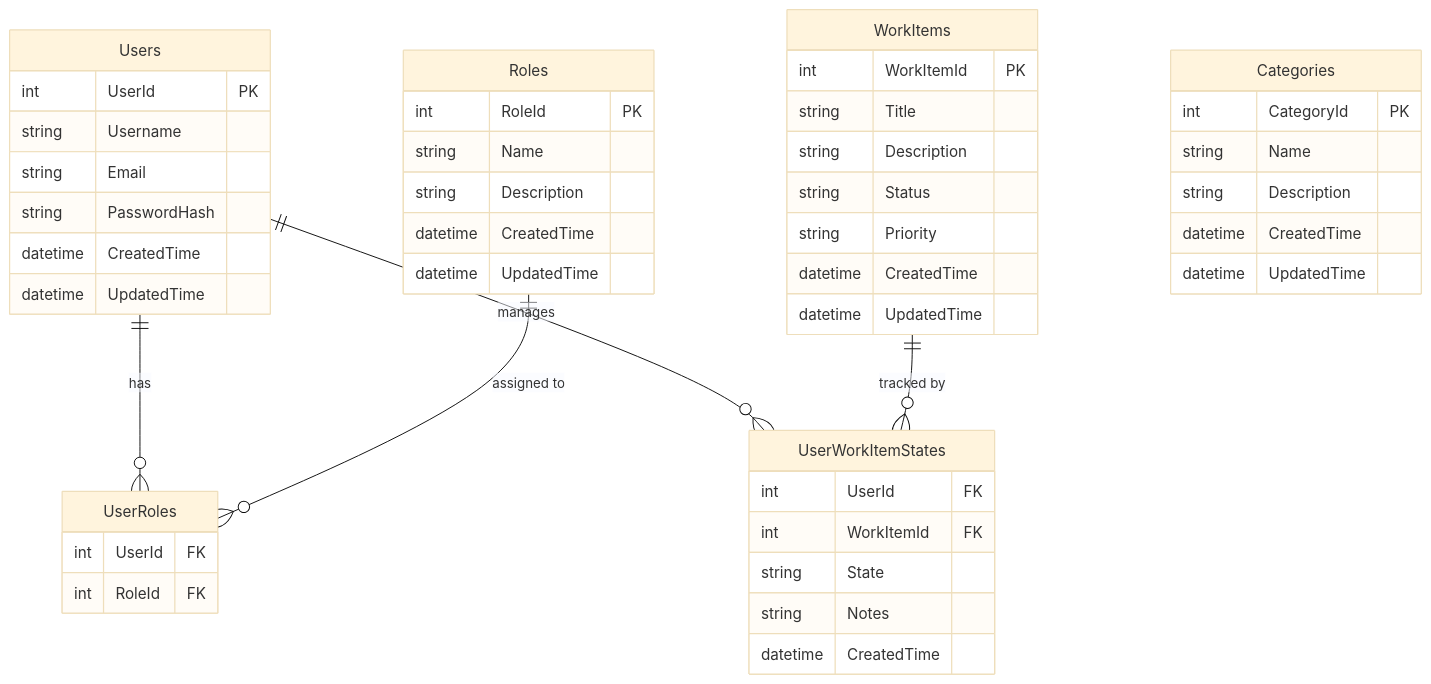
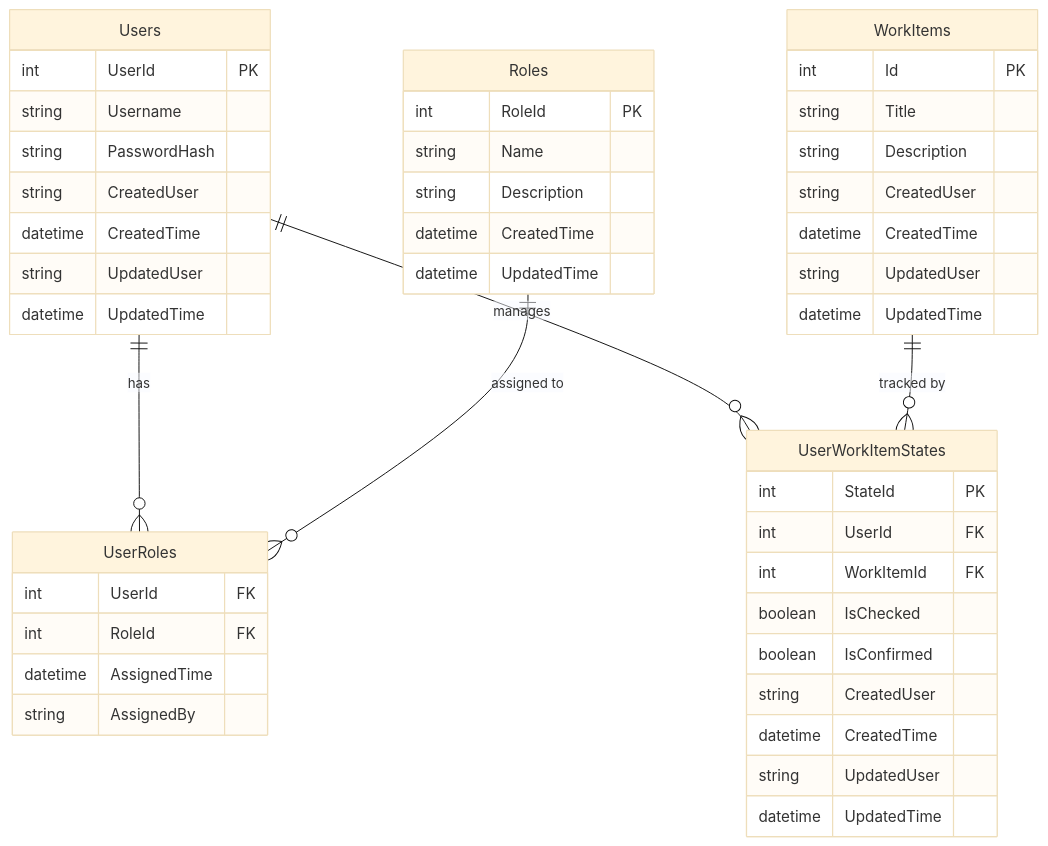
Before and after one commit to dectecx/app: the second of 6 diagrams in README.md, drawn with Mermaid (base theme). The commit also changed other lines of this file, not shown here.

Commit message:
✨Update README.md to reflect changes in database schema, including the addition of CreatedUser, UpdatedUser, and AssignedBy fields in relevant tables. Revise WorkItems and UserWorkItemStates structures for improved clarity and functionality.

````diff
--- a/README.md
+++ b/README.md
@@ -76,55 +76,54 @@
 ```mermaid
 erDiagram
     Users {
         int UserId PK
         string Username
-        string Email
         string PasswordHash
+        string CreatedUser
         datetime CreatedTime
+        string UpdatedUser
         datetime UpdatedTime
     }
     
     Roles {
         int RoleId PK
         string Name
         string Description
         datetime CreatedTime
         datetime UpdatedTime
     }
     
     UserRoles {
         int UserId FK
         int RoleId FK
+        datetime AssignedTime
+        string AssignedBy
     }
     
     WorkItems {
-        int WorkItemId PK
+        int Id PK
         string Title
         string Description
-        string Status
-        string Priority
+        string CreatedUser
         datetime CreatedTime
+        string UpdatedUser
         datetime UpdatedTime
     }
     
     UserWorkItemStates {
+        int StateId PK
         int UserId FK
         int WorkItemId FK
-        string State
-        string Notes
+        boolean IsChecked
+        boolean IsConfirmed
+        string CreatedUser
         datetime CreatedTime
-    }
-    
-    Categories {
-        int CategoryId PK
-        string Name
-        string Description
-        datetime CreatedTime
+        string UpdatedUser
         datetime UpdatedTime
     }
     
     Users ||--o{ UserRoles : "has"
     Roles ||--o{ UserRoles : "assigned to"
     Users ||--o{ UserWorkItemStates : "manages"
     WorkItems ||--o{ UserWorkItemStates : "tracked by"
 ```
````
